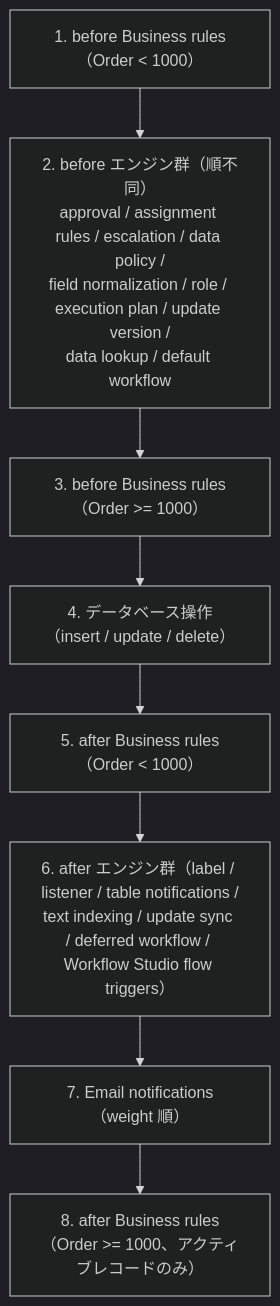
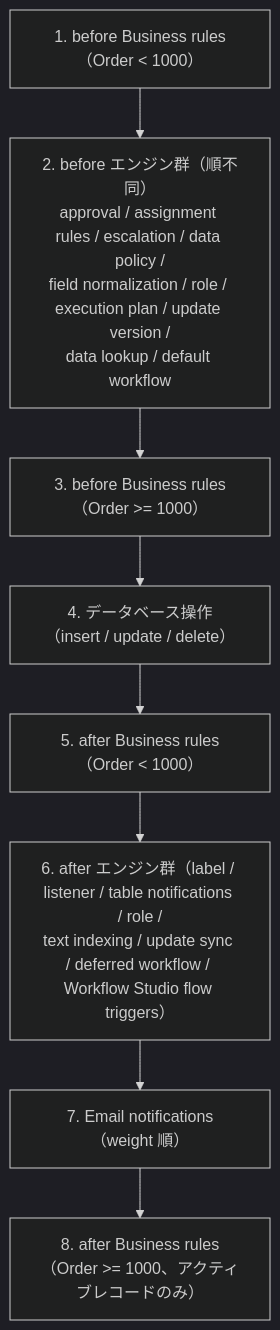
The first of 4 diagrams in ServiceNow/04_応用編/11-itsm-process-design-tips.md (hidefumiagata/platform-doc), drawn with Mermaid (dark theme) before and after one commit. The commit also changed other lines of this file and 346 other files, not shown here.

````diff
--- a/ServiceNow/04_応用編/11-itsm-process-design-tips.md
+++ b/ServiceNow/04_応用編/11-itsm-process-design-tips.md
@@ -151,10 +153,10 @@
 ```mermaid
 flowchart TD
   A["1. before Business rules（Order < 1000）"] --> B["2. before エンジン群（順不同）<br/>approval / assignment rules / escalation / data policy /<br/>field normalization / role / execution plan / update version /<br/>data lookup / default workflow"]
   B --> C["3. before Business rules（Order >= 1000）"]
   C --> D["4. データベース操作（insert / update / delete）"]
   D --> E["5. after Business rules（Order < 1000）"]
-  E --> F["6. after エンジン群（label / listener / table notifications /<br/>text indexing / update sync / deferred workflow / Workflow Studio flow triggers）"]
+  E --> F["6. after エンジン群（label / listener / table notifications / role /<br/>text indexing / update sync / deferred workflow / Workflow Studio flow triggers）"]
   F --> G["7. Email notifications（weight 順）"]
   G --> H["8. after Business rules（Order >= 1000、アクティブレコードのみ）"]
 ```
````
